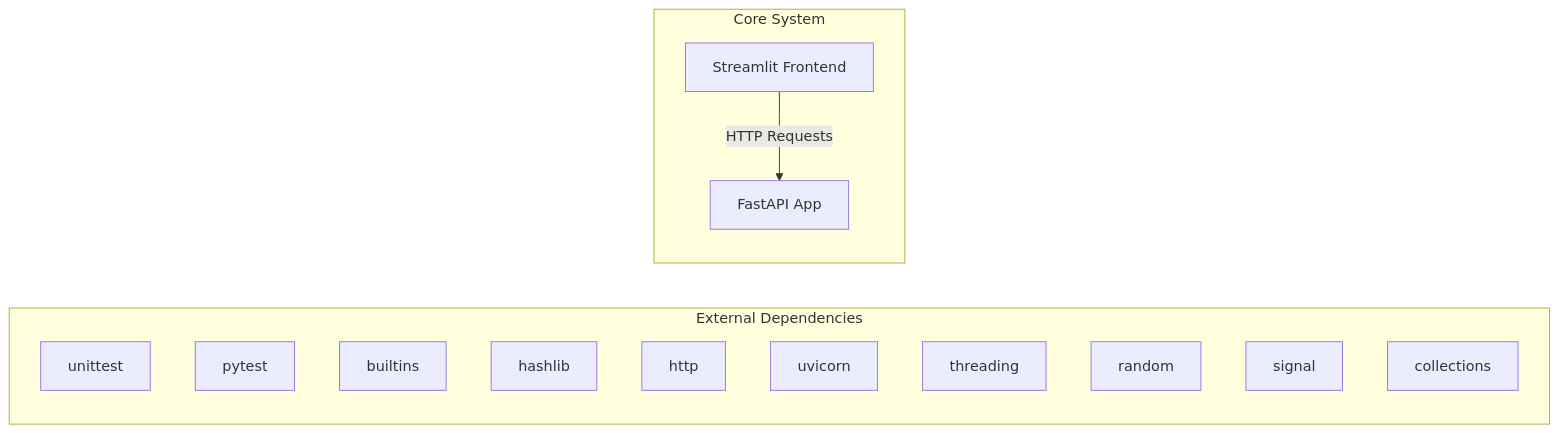
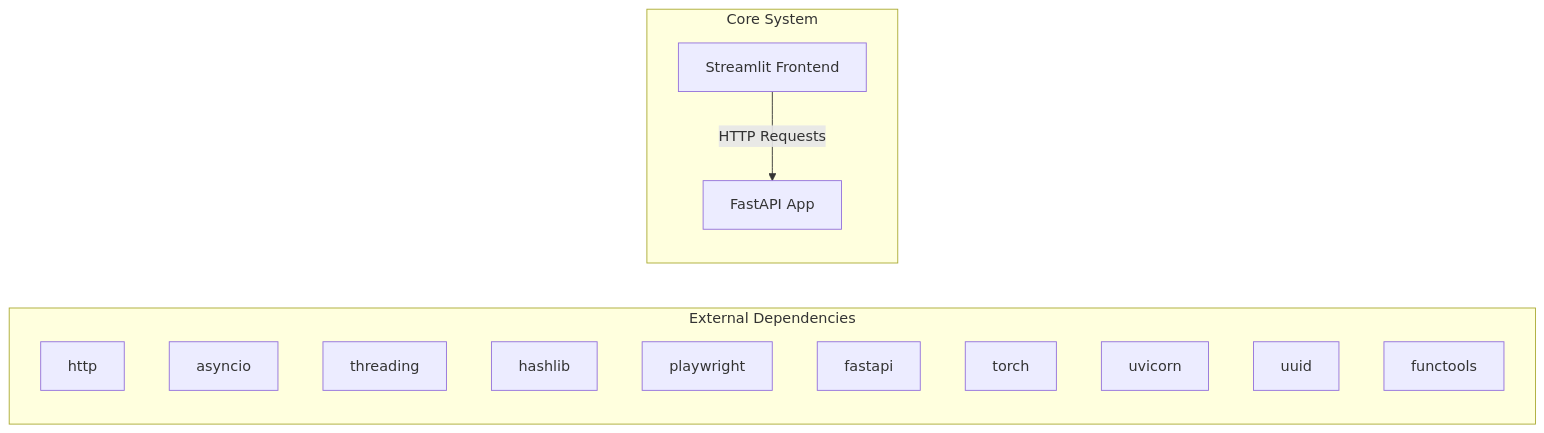
One commit to NITISH-R-G/rag-context-optimizer changed the first of 2 diagrams in docs/architecture.md. Above: the diagram before and after it, drawn with Mermaid. The commit also changed 1 other file, not shown here.

Commit message:
docs: auto-update repository knowledge, architecture diagrams, and documentation

````diff
--- a/docs/architecture.md
+++ b/docs/architecture.md
@@ -7,20 +7,20 @@
 ```mermaid
 graph LR
     subgraph External Dependencies
-        E0["unittest"]
-        E1["pytest"]
-        E2["builtins"]
+        E0["http"]
+        E1["asyncio"]
+        E2["threading"]
         E3["hashlib"]
-        E4["http"]
-        E5["uvicorn"]
-        E6["threading"]
-        E7["random"]
-        E8["signal"]
-        E9["collections"]
+        E4["playwright"]
+        E5["fastapi"]
+        E6["torch"]
+        E7["uvicorn"]
+        E8["uuid"]
+        E9["functools"]
     end
     subgraph Core System
         API["FastAPI App"]
         UI["Streamlit Frontend"]
     end
     UI -->|HTTP Requests| API
 ```
````
